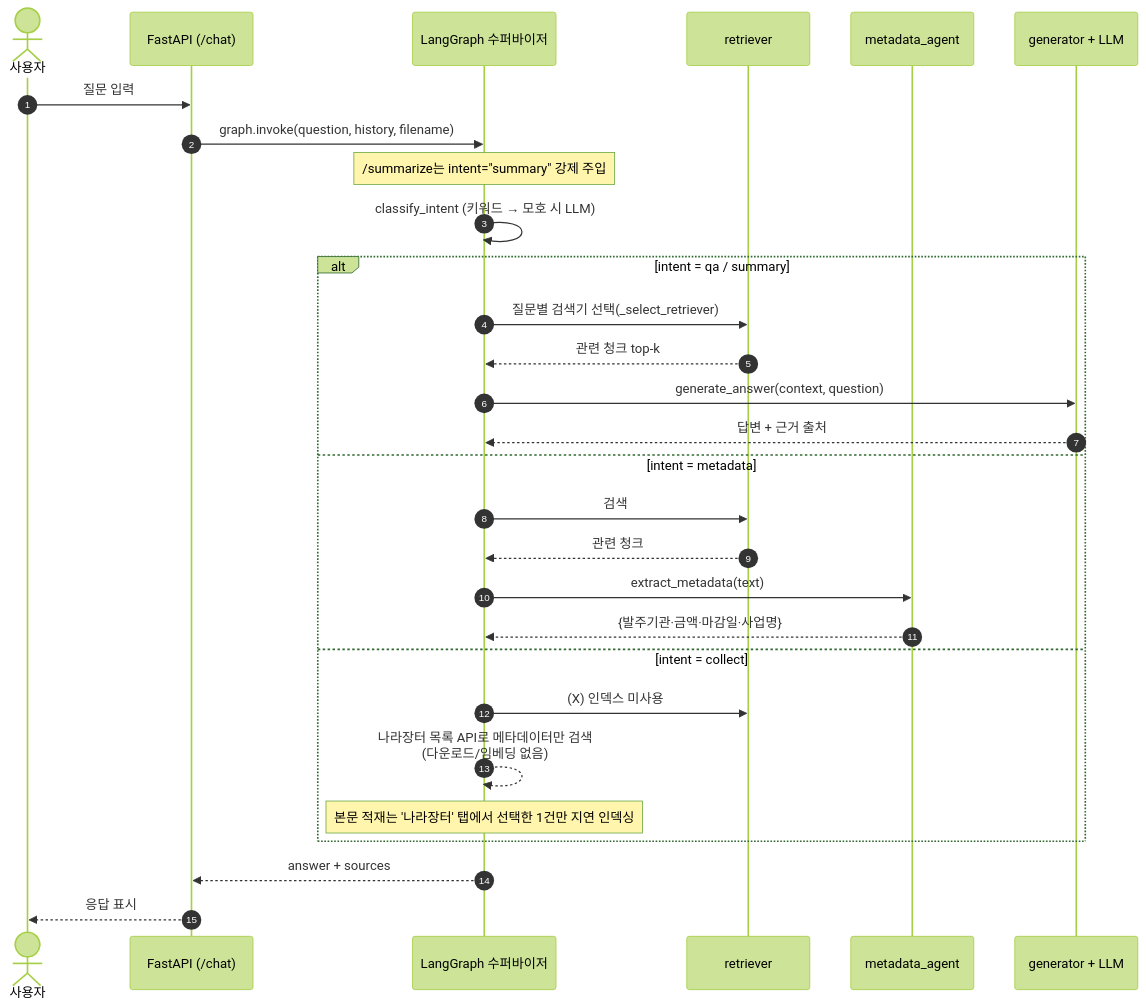
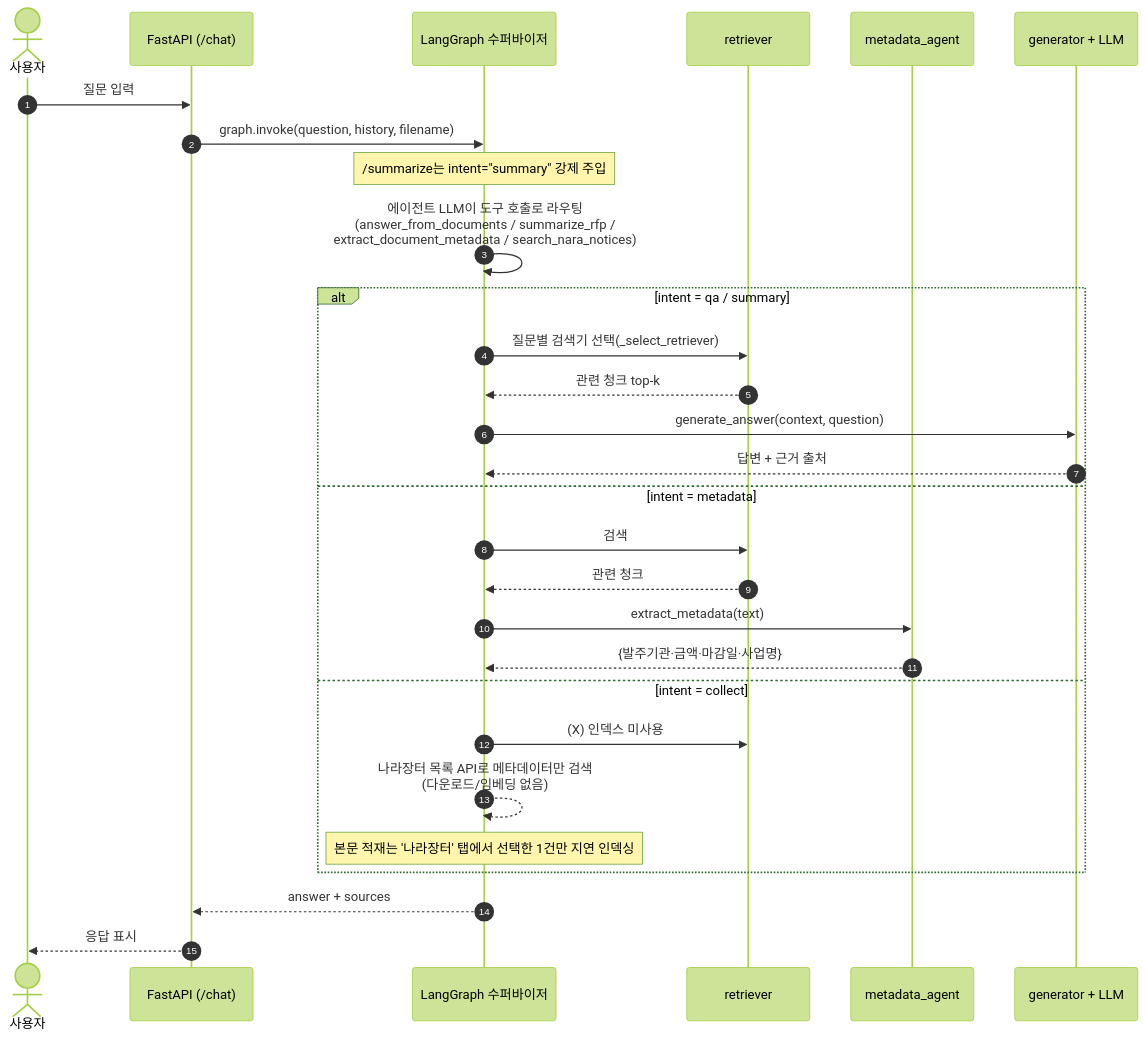
The second of 2 diagrams in ARCHITECTURE.md (eunnamahn/bidmate-rfp-rag), drawn with Mermaid (forest theme) before and after one commit. The commit also changed other lines of this file and 1 other file, not shown here.

First line of the commit message:
refactor: 수퍼바이저를 도구 호출 에이전트로 — nara·metadata를 도구로 재정의

````diff
--- a/ARCHITECTURE.md
+++ b/ARCHITECTURE.md
@@ -72,34 +72,34 @@
 ```mermaid
 sequenceDiagram
     autonumber
     actor U as 사용자
     participant API as FastAPI (/chat)
     participant G as LangGraph 수퍼바이저
     participant R as retriever
     participant MA as metadata_agent
     participant GEN as generator + LLM
 
     U->>API: 질문 입력
     API->>G: graph.invoke(question, history, filename)
     Note over G: /summarize는 intent="summary" 강제 주입
-    G->>G: classify_intent (키워드 → 모호 시 LLM)
+    G->>G: 에이전트 LLM이 도구 호출로 라우팅<br/>(answer_from_documents / summarize_rfp /<br/>extract_document_metadata / search_nara_notices)
 
     alt intent = qa / summary
         G->>R: 질문별 검색기 선택(_select_retriever)
         R-->>G: 관련 청크 top-k
         G->>GEN: generate_answer(context, question)
         GEN-->>G: 답변 + 근거 출처
     else intent = metadata
         G->>R: 검색
         R-->>G: 관련 청크
         G->>MA: extract_metadata(text)
         MA-->>G: {발주기관·금액·마감일·사업명}
     else intent = collect
         G->>R: (X) 인덱스 미사용
         G-->>G: 나라장터 목록 API로 메타데이터만 검색<br/>(다운로드/임베딩 없음)
         Note over G: 본문 적재는 '나라장터' 탭에서 선택한 1건만 지연 인덱싱
     end
 
     G-->>API: answer + sources
     API-->>U: 응답 표시
 ```
````
